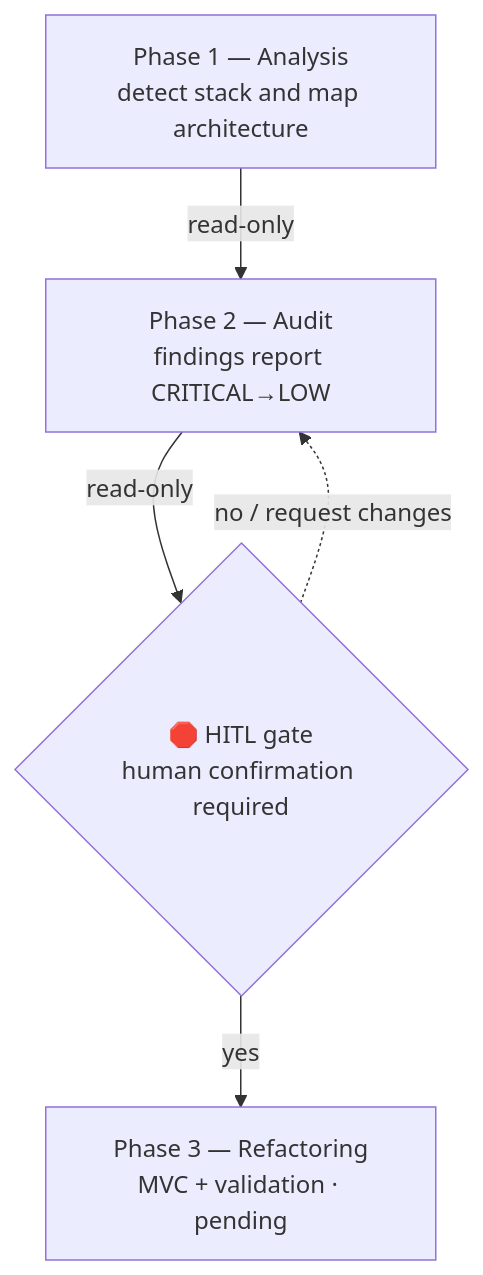
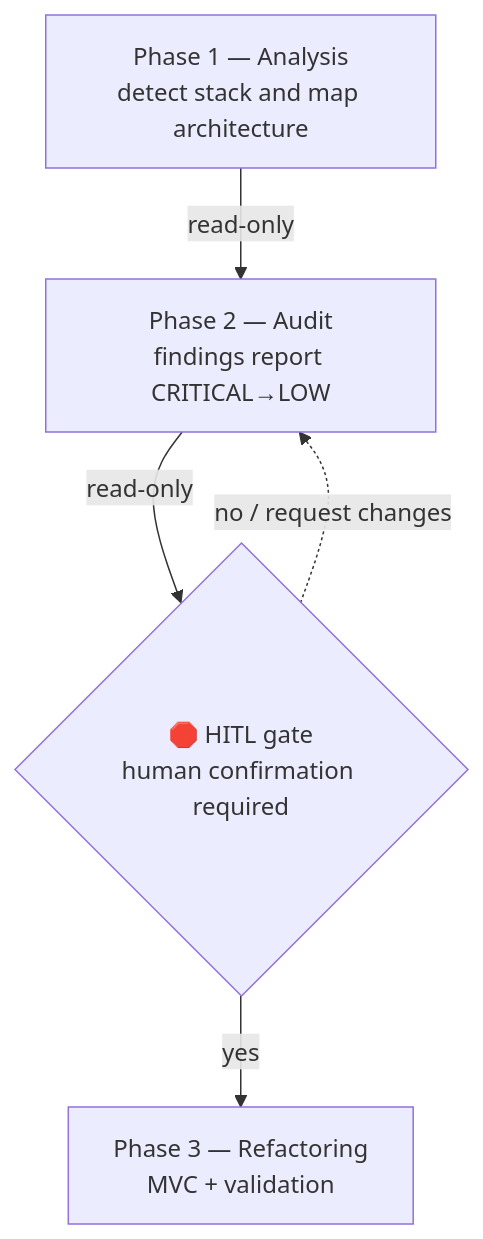
One commit to yahuchanam/mba-ia-refactor-projects-skill changed the diagram in .claude/skills/refactor-arch/SKILL.md. Above: the diagram before and after it, drawn with Mermaid. The commit also changed other lines of this file and 1 other file, not shown here.

First line of the commit message:
feat: implement phase 3 (refactoring) in refactor-arch skill

````diff
--- a/.claude/skills/refactor-arch/SKILL.md
+++ b/.claude/skills/refactor-arch/SKILL.md
@@ -20,12 +19,12 @@
 ```mermaid
 flowchart TD
     F1["Phase 1 — Analysis<br/>detect stack and map architecture"]
     F2["Phase 2 — Audit<br/>findings report CRITICAL→LOW"]
     GATE{"🛑 HITL gate<br/>human confirmation required"}
-    F3["Phase 3 — Refactoring<br/>MVC + validation · pending"]
+    F3["Phase 3 — Refactoring<br/>MVC + validation"]
 
     F1 -->|read-only| F2
     F2 -->|read-only| GATE
     GATE -->|yes| F3
     GATE -.->|no / request changes| F2
 ```
````
